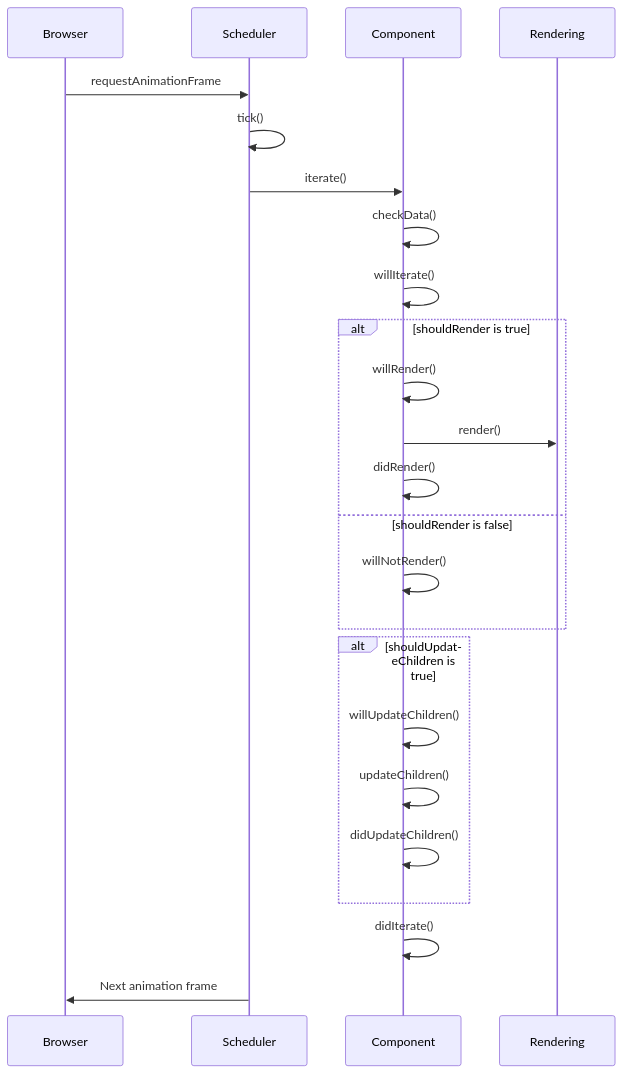
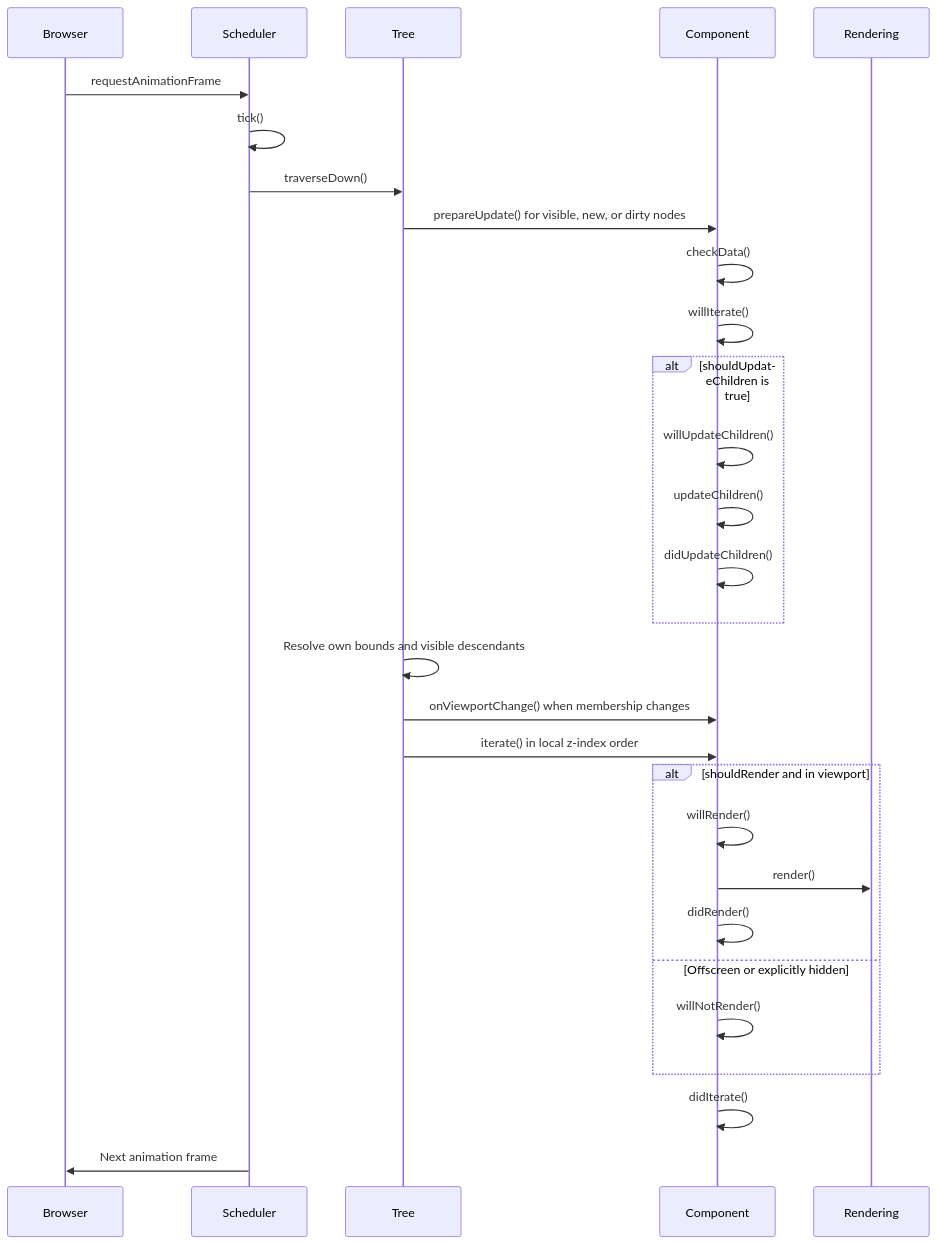
One commit to gravity-ui/graph changed the second of 2 diagrams in packages/graph/docs/system/component-rendering-lifecycle.md. Above: the diagram before and after it, drawn with Mermaid. The commit also changed other lines of this file and 35 other files, not shown here.

Commit message:
feat(graph): make viewport culling native to layer trees

````diff
--- a/packages/graph/docs/system/component-rendering-lifecycle.md
+++ b/packages/graph/docs/system/component-rendering-lifecycle.md
@@ -25,30 +25,35 @@
 ```mermaid
 sequenceDiagram
     participant Browser
     participant Scheduler
+    participant Tree
     participant Component
     participant Rendering
     
     Browser->>Scheduler: requestAnimationFrame
     Scheduler->>Scheduler: tick()
-    Scheduler->>Component: iterate()
+    Scheduler->>Tree: traverseDown()
+    Tree->>Component: prepareUpdate() for visible, new, or dirty nodes
     Component->>Component: checkData()
     Component->>Component: willIterate()
-    
-    alt shouldRender is true
-        Component->>Component: willRender()
-        Component->>Rendering: render()
-        Component->>Component: didRender()
-    else shouldRender is false
-        Component->>Component: willNotRender()
-    end
     
     alt shouldUpdateChildren is true
         Component->>Component: willUpdateChildren()
         Component->>Component: updateChildren()
         Component->>Component: didUpdateChildren()
     end
+
+    Tree->>Tree: Resolve own bounds and visible descendants
+    Tree->>Component: onViewportChange() when membership changes
+    Tree->>Component: iterate() in local z-index order
+    alt shouldRender and in viewport
+        Component->>Component: willRender()
+        Component->>Rendering: render()
+        Component->>Component: didRender()
+    else Offscreen or explicitly hidden
+        Component->>Component: willNotRender()
+    end
     
     Component->>Component: didIterate()
     Scheduler->>Browser: Next animation frame
 ```
````
